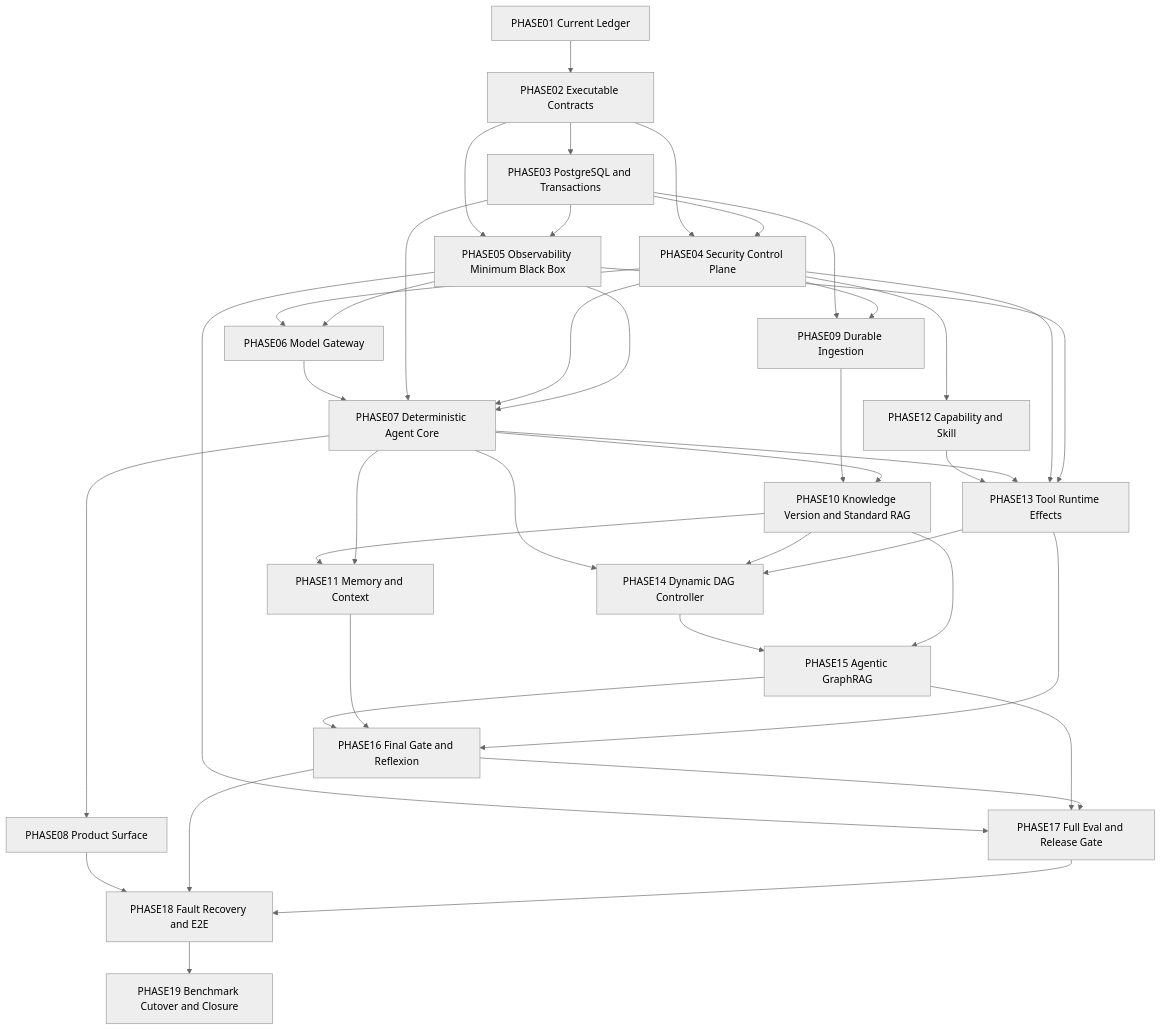
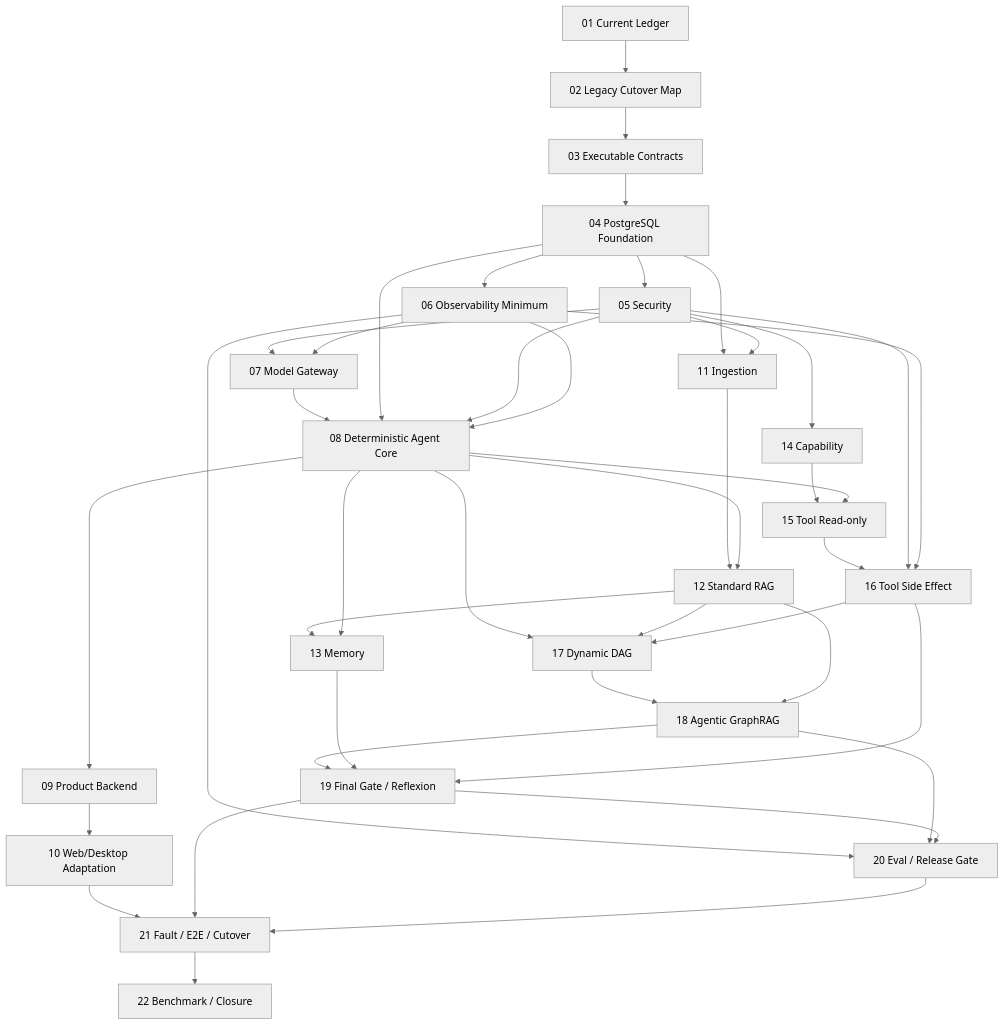
The diagram in .agent/programs/implementation-roadmap.md (ProfessorZhi/Zuno), drawn with Mermaid (neutral theme) before and after one commit. The commit also changed other lines of this file and 9 other files, not shown here.

Commit message:
docs: define canonical runtime realization control plane

````diff
--- a/.agent/programs/implementation-roadmap.md
+++ b/.agent/programs/implementation-roadmap.md
@@ -51,42 +31,43 @@
 ```mermaid
 flowchart TB
-  P01[PHASE01 Current Ledger] --> P02[PHASE02 Executable Contracts]
-  P02 --> P03[PHASE03 PostgreSQL and Transactions]
-  P02 --> P04[PHASE04 Security Control Plane]
-  P02 --> P05[PHASE05 Observability Minimum Black Box]
-  P03 --> P04
-  P03 --> P05
-  P04 --> P06[PHASE06 Model Gateway]
-  P05 --> P06
-  P06 --> P07[PHASE07 Deterministic Agent Core]
-  P03 --> P07
-  P04 --> P07
-  P05 --> P07
-  P07 --> P08[PHASE08 Product Surface]
-  P03 --> P09[PHASE09 Durable Ingestion]
-  P04 --> P09
-  P09 --> P10[PHASE10 Knowledge Version and Standard RAG]
-  P07 --> P10
-  P10 --> P11[PHASE11 Memory and Context]
-  P07 --> P11
-  P04 --> P12[PHASE12 Capability and Skill]
-  P12 --> P13[PHASE13 Tool Runtime Effects]
-  P07 --> P13
-  P04 --> P13
-  P05 --> P13
-  P07 --> P14[PHASE14 Dynamic DAG Controller]
-  P10 --> P14
-  P13 --> P14
-  P14 --> P15[PHASE15 Agentic GraphRAG]
-  P10 --> P15
-  P15 --> P16[PHASE16 Final Gate and Reflexion]
-  P11 --> P16
-  P13 --> P16
-  P05 --> P17[PHASE17 Full Eval and Release Gate]
-  P15 --> P17
+  P01[01 Current Ledger] --> P02[02 Legacy Cutover Map]
+  P02 --> P03[03 Executable Contracts]
+  P03 --> P04[04 PostgreSQL Foundation]
+  P04 --> P05[05 Security]
+  P04 --> P06[06 Observability Minimum]
+  P05 --> P07[07 Model Gateway]
+  P06 --> P07
+  P07 --> P08[08 Deterministic Agent Core]
+  P04 --> P08
+  P05 --> P08
+  P06 --> P08
+  P08 --> P09[09 Product Backend]
+  P09 --> P10[10 Web/Desktop Adaptation]
+  P04 --> P11[11 Ingestion]
+  P05 --> P11
+  P11 --> P12[12 Standard RAG]
+  P08 --> P12
+  P12 --> P13[13 Memory]
+  P08 --> P13
+  P05 --> P14[14 Capability]
+  P14 --> P15[15 Tool Read-only]
+  P08 --> P15
+  P15 --> P16[16 Tool Side Effect]
+  P05 --> P16
+  P06 --> P16
+  P08 --> P17[17 Dynamic DAG]
+  P12 --> P17
   P16 --> P17
-  P08 --> P18[PHASE18 Fault Recovery and E2E]
-  P16 --> P18
-  P17 --> P18
-  P18 --> P19[PHASE19 Benchmark Cutover and Closure]
+  P17 --> P18[18 Agentic GraphRAG]
+  P12 --> P18
+  P18 --> P19[19 Final Gate / Reflexion]
+  P13 --> P19
+  P16 --> P19
+  P06 --> P20[20 Eval / Release Gate]
+  P18 --> P20
+  P19 --> P20
+  P10 --> P21[21 Fault / E2E / Cutover]
+  P19 --> P21
+  P20 --> P21
+  P21 --> P22[22 Benchmark / Closure]
 ```
````
